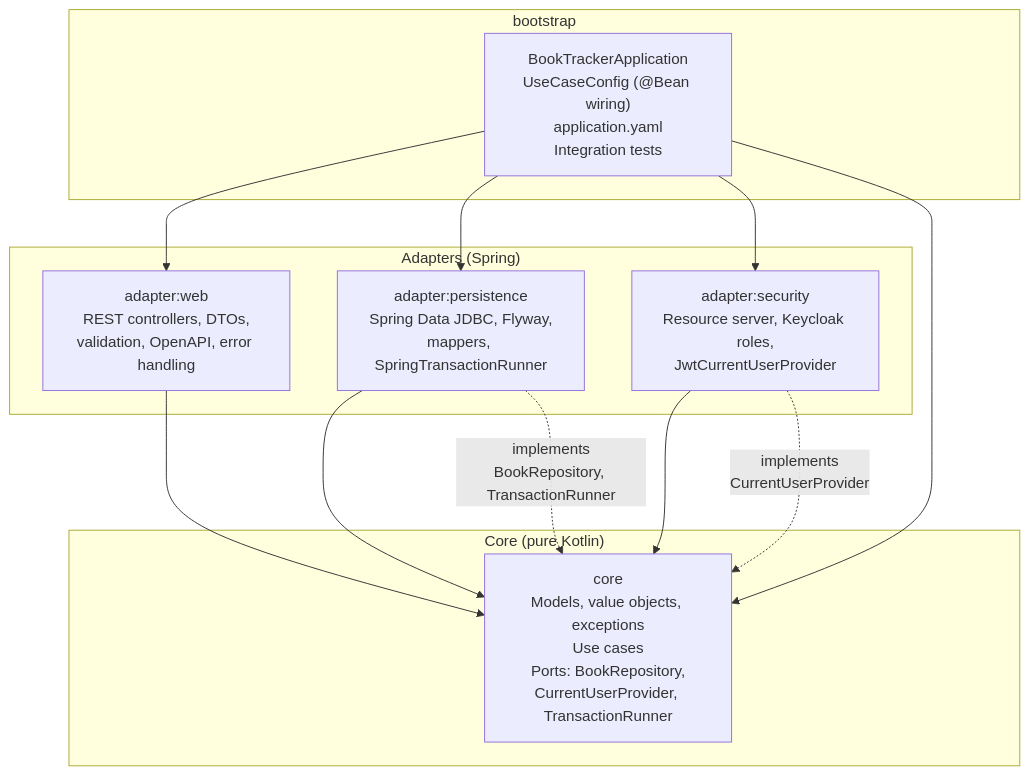
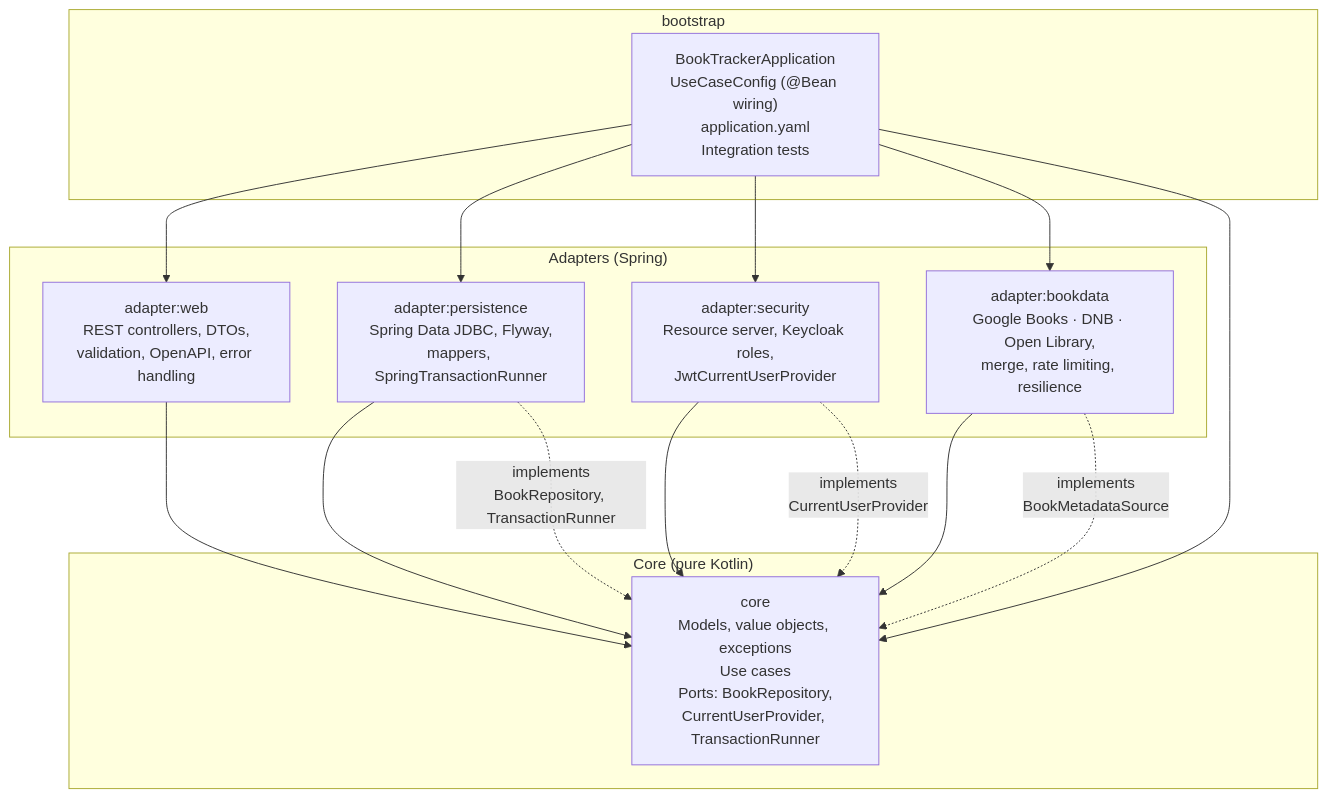
One commit to AnSrwn/BookTracker changed the second of 4 diagrams in backend/docs/architecture.md. Above: the diagram before and after it, drawn with Mermaid. The commit also changed other lines of this file, not shown here.

Commit message:
Add architecture for external book data

````diff
--- a/backend/docs/architecture.md
+++ b/backend/docs/architecture.md
@@ -54,28 +60,32 @@
 ```mermaid
 flowchart TB
     subgraph boot["bootstrap"]
         bootApp["BookTrackerApplication<br/>UseCaseConfig (@Bean wiring)<br/>application.yaml<br/>Integration tests"]
     end
 
     subgraph adapters["Adapters (Spring)"]
         web["adapter:web<br/>REST controllers, DTOs,<br/>validation, OpenAPI, error handling"]
         persistence["adapter:persistence<br/>Spring Data JDBC, Flyway,<br/>mappers, SpringTransactionRunner"]
         security["adapter:security<br/>Resource server, Keycloak roles,<br/>JwtCurrentUserProvider"]
+        bookdata["adapter:bookdata<br/>Google Books · DNB · Open Library,<br/>merge, rate limiting, resilience"]
     end
 
     subgraph coreLayer["Core (pure Kotlin)"]
         core["core<br/>Models, value objects, exceptions<br/>Use cases<br/>Ports: BookRepository,<br/>CurrentUserProvider, TransactionRunner"]
     end
 
     bootApp --> web
     bootApp --> persistence
     bootApp --> security
+    bootApp --> bookdata
     bootApp --> core
 
     web --> core
     persistence --> core
     security --> core
+    bookdata --> core
 
     persistence -. "implements<br/>BookRepository, TransactionRunner" .-> core
     security -. "implements<br/>CurrentUserProvider" .-> core
+    bookdata -. "implements<br/>BookMetadataSource" .-> core
 ```
````
